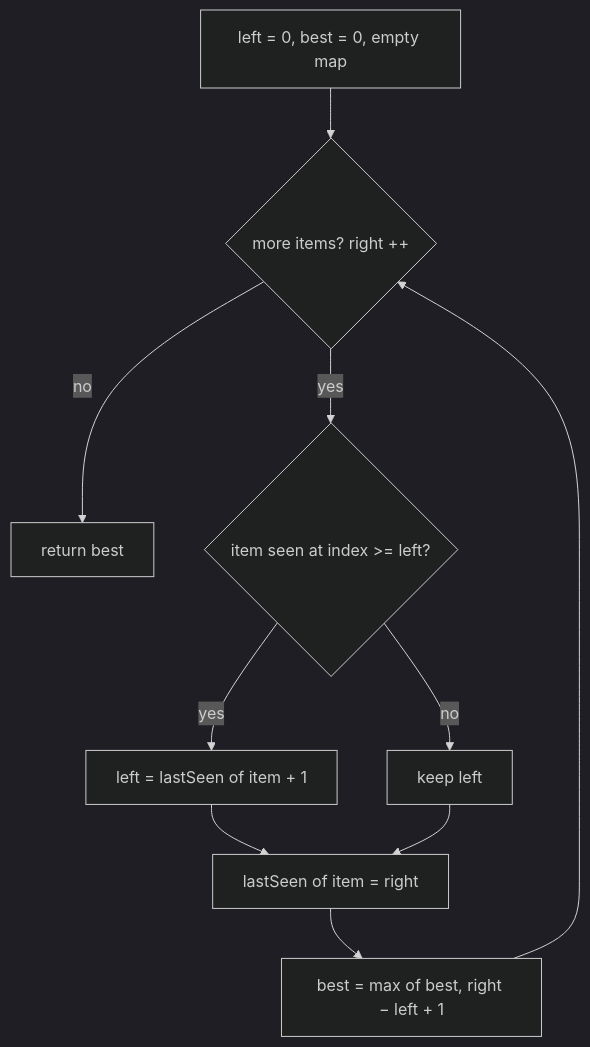
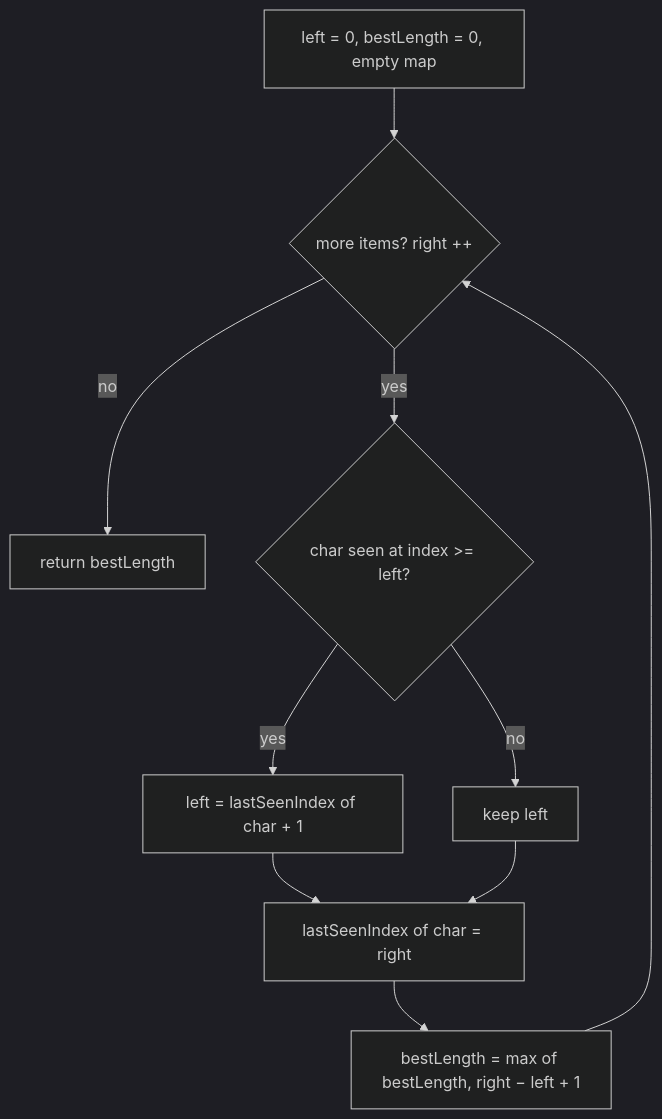
Before and after one commit to Albertobar94/ts-algorithms: the diagram in techniques/two-pointers/sliding-window/variable-distinct/README.md, drawn with Mermaid (dark theme). The commit also changed other lines of this file and 43 other files, not shown here.

````diff
--- a/techniques/two-pointers/sliding-window/variable-distinct/README.md
+++ b/techniques/two-pointers/sliding-window/variable-distinct/README.md
@@ -75,12 +77,12 @@
 ```mermaid
 flowchart TD
-    A[left = 0, best = 0, empty map] --> B{more items? right ++}
-    B -- no --> Z[return best]
-    B -- yes --> C{item seen at index >= left?}
-    C -- yes --> D[left = lastSeen of item + 1]
+    A[left = 0, bestLength = 0, empty map] --> B{more items? right ++}
+    B -- no --> Z[return bestLength]
+    B -- yes --> C{char seen at index >= left?}
+    C -- yes --> D[left = lastSeenIndex of char + 1]
     C -- no --> E[keep left]
-    D --> F[lastSeen of item = right]
+    D --> F[lastSeenIndex of char = right]
     E --> F
-    F --> G[best = max of best, right − left + 1]
+    F --> G[bestLength = max of bestLength, right − left + 1]
     G --> B
 ```
````
